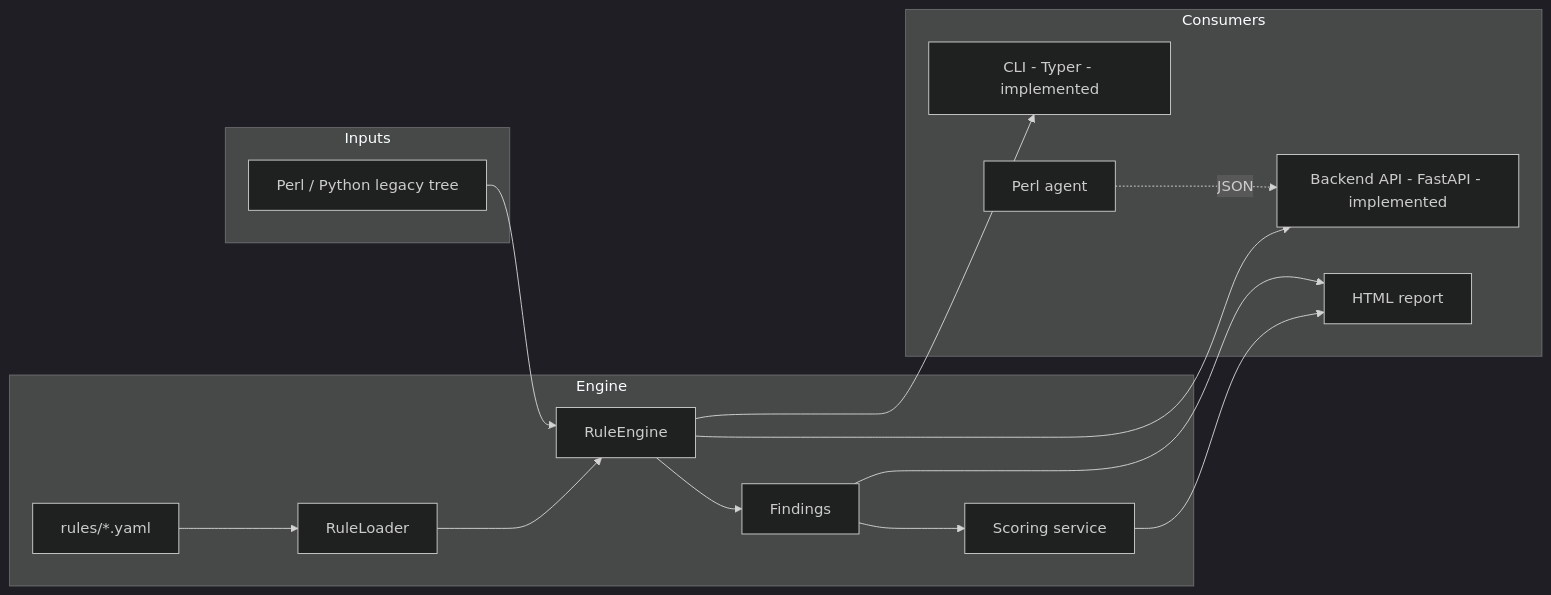
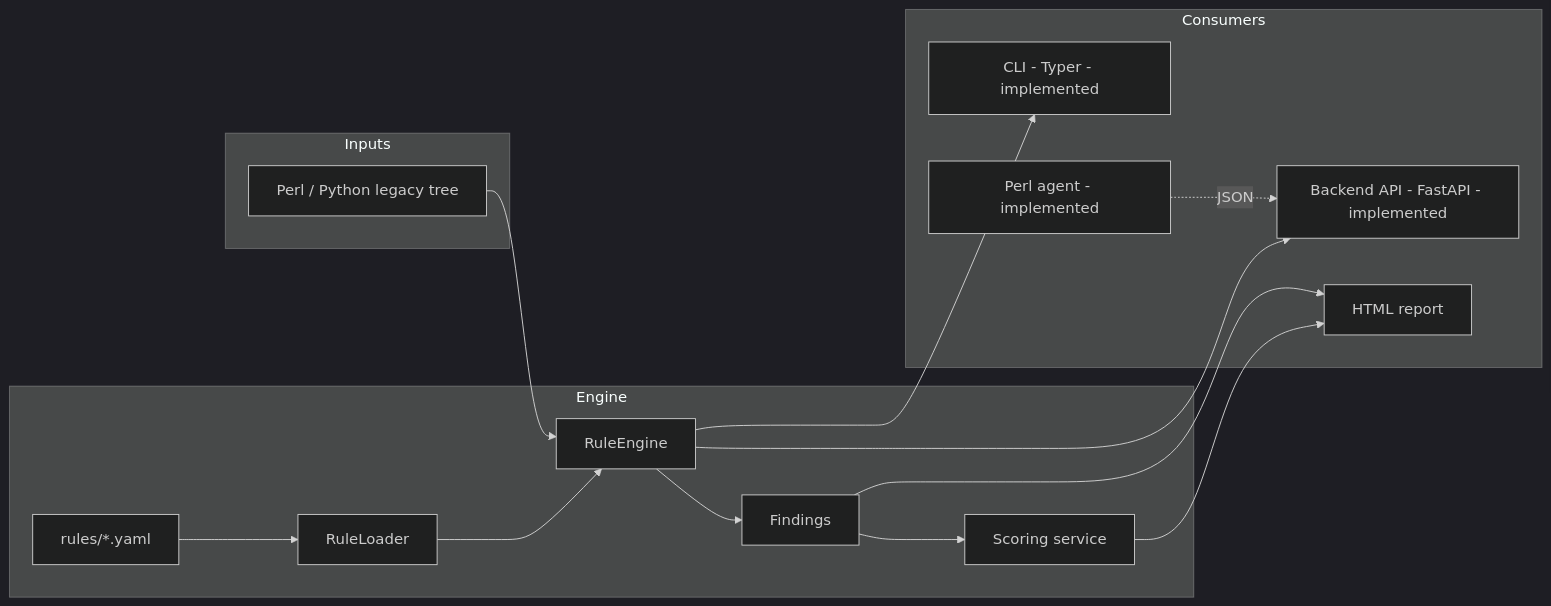
The diagram in README.md (ShHaWkK/AegisLegacy), drawn with Mermaid (dark theme) before and after one commit. The commit also changed other lines of this file and 14 other files, not shown here.

````diff
--- a/README.md
+++ b/README.md
@@ -29,24 +29,24 @@
 ```mermaid
 flowchart LR
     subgraph Inputs
         A[Perl / Python legacy tree]
     end
     subgraph Engine
         R[rules/*.yaml] --> L[RuleLoader]
         L --> E[RuleEngine]
         A --> E
         E --> F[Findings]
         F --> S[Scoring service]
     end
     subgraph Consumers
         CLI[CLI - Typer - implemented]
         API[Backend API - FastAPI - implemented]
-        Agent[Perl agent]
+        Agent[Perl agent - implemented]
         Report[HTML report]
     end
     E --> CLI
     E --> API
     Agent -. JSON .-> API
     S --> Report
     F --> Report
 ```
````
